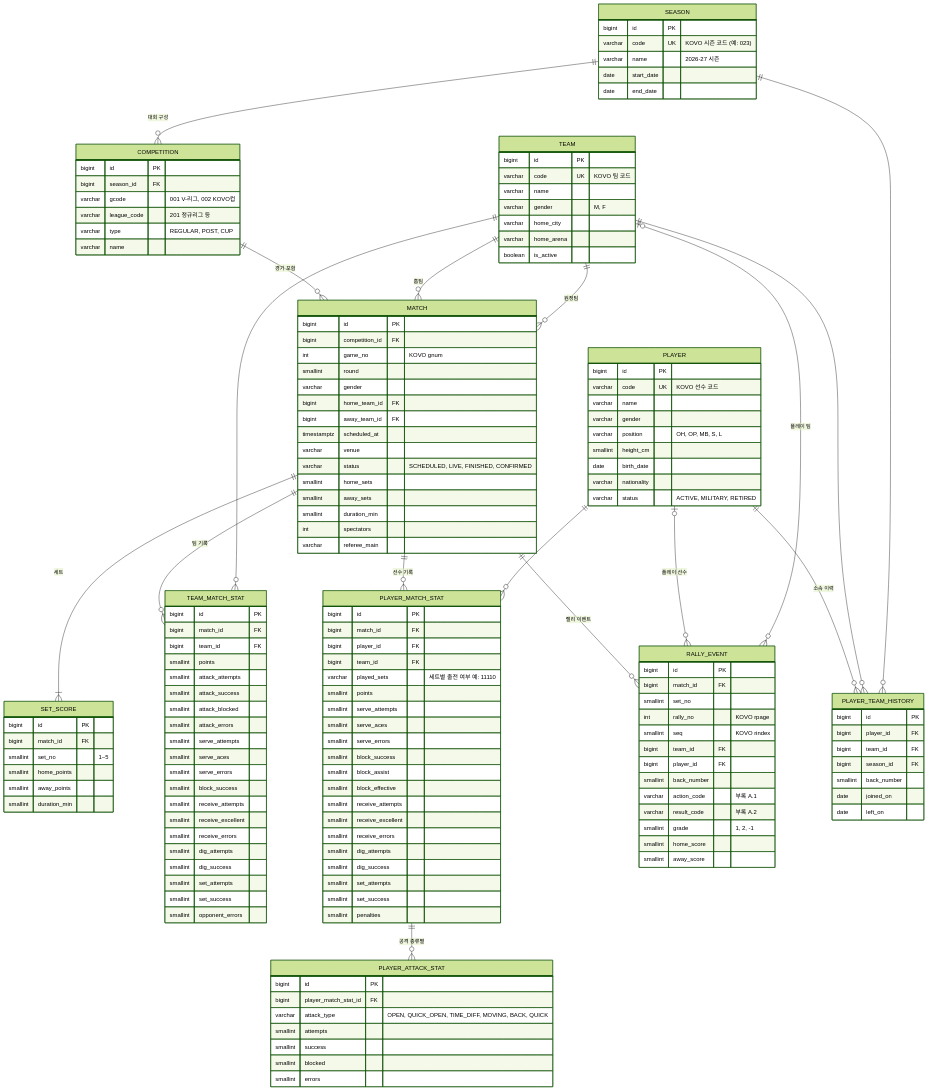
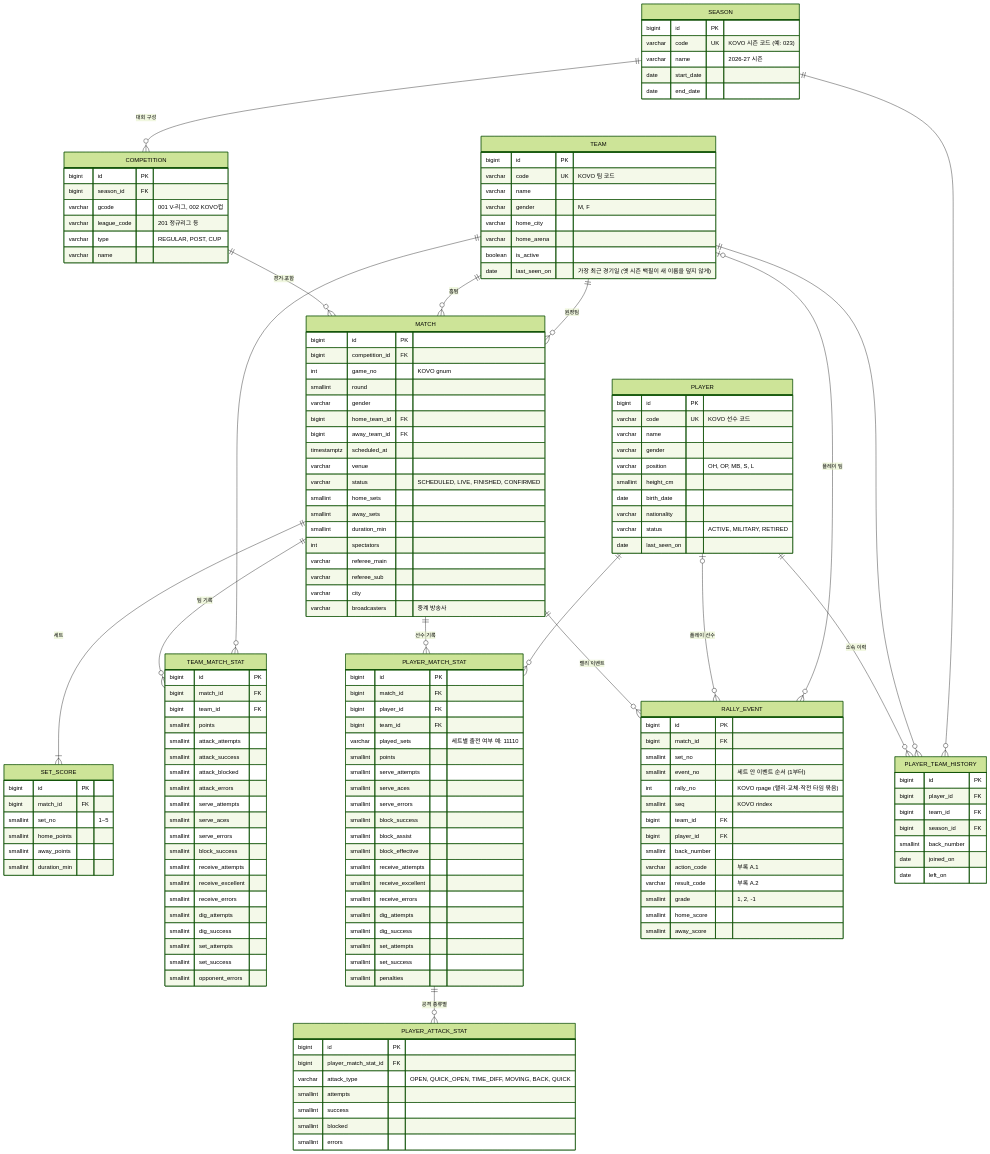
The fourth of 17 diagrams in docs/design.md (ksh1004/volley-insight), drawn with Mermaid (forest theme) before and after one commit. The commit also changed other lines of this file and 38 other files, not shown here.

```diff
--- a/docs/design.md
+++ b/docs/design.md
@@ -339,6 +339,7 @@
     varchar home_city
     varchar home_arena
     boolean is_active
+    date last_seen_on "가장 최근 경기일 (옛 시즌 백필이 새 이름을 덮지 않게)"
   }
   PLAYER {
     bigint id PK
@@ -350,6 +351,7 @@
     date birth_date
     varchar nationality
     varchar status "ACTIVE, MILITARY, RETIRED"
+    date last_seen_on
   }
   PLAYER_TEAM_HISTORY {
     bigint id PK
@@ -376,6 +378,9 @@
     smallint duration_min
     int spectators
     varchar referee_main
+    varchar referee_sub
+    varchar city
+    varchar broadcasters "중계 방송사"
   }
   SET_SCORE {
     bigint id PK
@@ -442,7 +447,8 @@
     bigint id PK
     bigint match_id FK
     smallint set_no
-    int rally_no "KOVO rpage"
+    smallint event_no "세트 안 이벤트 순서 (1부터)"
+    int rally_no "KOVO rpage (랠리·교체·작전 타임 묶음)"
     smallint seq "KOVO rindex"
     bigint team_id FK
     bigint player_id FK
```
